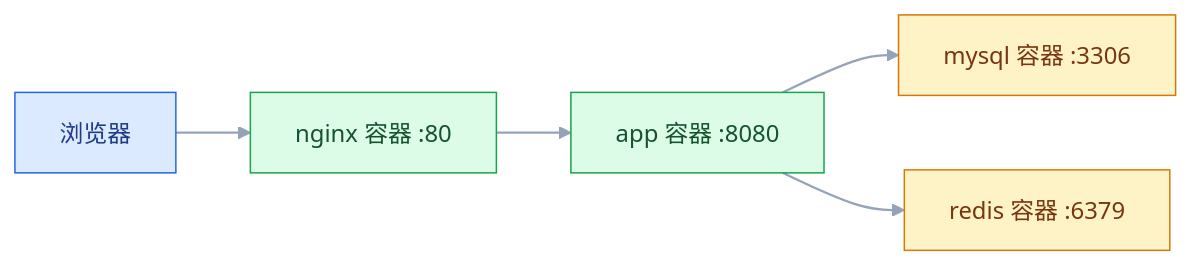
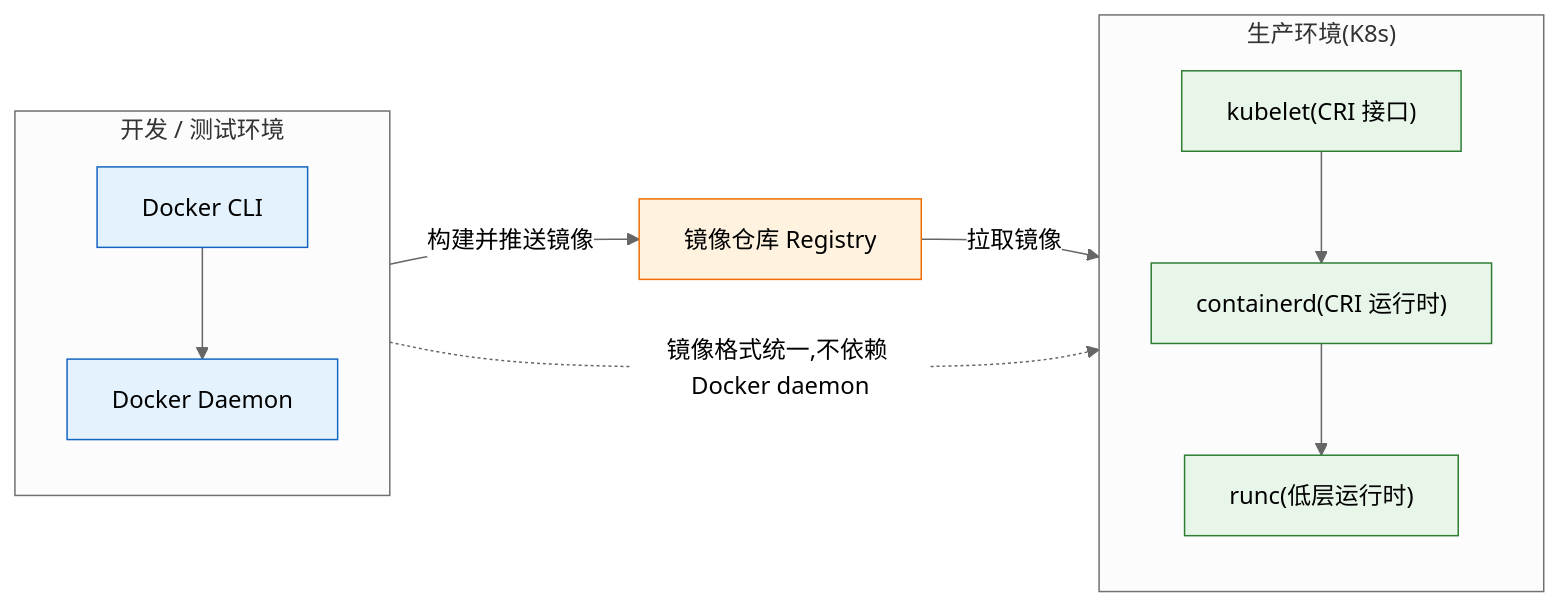
Before and after one commit to jimbosuper/studynotes: the second of 6 diagrams in blog/src/notes/07-运维/03-容器与编排/02-Docker容器引擎.md, drawn with Mermaid (neutral theme). The commit also changed other lines of this file and 367 other files, not shown here.

````diff
--- a/blog/src/notes/07-运维/03-容器与编排/02-Docker容器引擎.md
+++ b/blog/src/notes/07-运维/03-容器与编排/02-Docker容器引擎.md
@@ -11,17 +58,23 @@
 ```mermaid
 flowchart LR
-    classDef client fill:#DBEAFE,stroke:#2563EB,color:#1E3A8A
-    classDef service fill:#DCFCE7,stroke:#16A34A,color:#14532D
-    classDef data fill:#FEF3C7,stroke:#D97706,color:#78350F
-
-    U["浏览器"]:::client
-    N["nginx 容器 :80"]:::service
-    A["app 容器 :8080"]:::service
-    M["mysql 容器 :3306"]:::data
-    R["redis 容器 :6379"]:::data
-
-    U --> N --> A
-    A --> M
-    A --> R
-    linkStyle default stroke:#94A3B8,stroke-width:1.5px
+    subgraph DEV["开发 / 测试环境"]
+        A["Docker CLI"]
+        B["Docker Daemon"]
+        A --> B
+    end
+    subgraph PROD["生产环境(K8s)"]
+        KL["kubelet(CRI 接口)"]
+        CT["containerd(CRI 运行时)"]
+        RC["runc(低层运行时)"]
+        KL --> CT --> RC
+    end
+    DEV -->|"构建并推送镜像"| REG["镜像仓库 Registry"]
+    REG -->|"拉取镜像"| PROD
+    DEV -.->|"镜像格式统一,不依赖 Docker daemon"| PROD
+    classDef client fill:#e3f2fd,stroke:#1565c0;
+    classDef engine fill:#e8f5e9,stroke:#2e7d32;
+    classDef image fill:#fff3e0,stroke:#ef6c00;
+    class A,B client
+    class KL,CT,RC engine
+    class REG image
 ```
````
